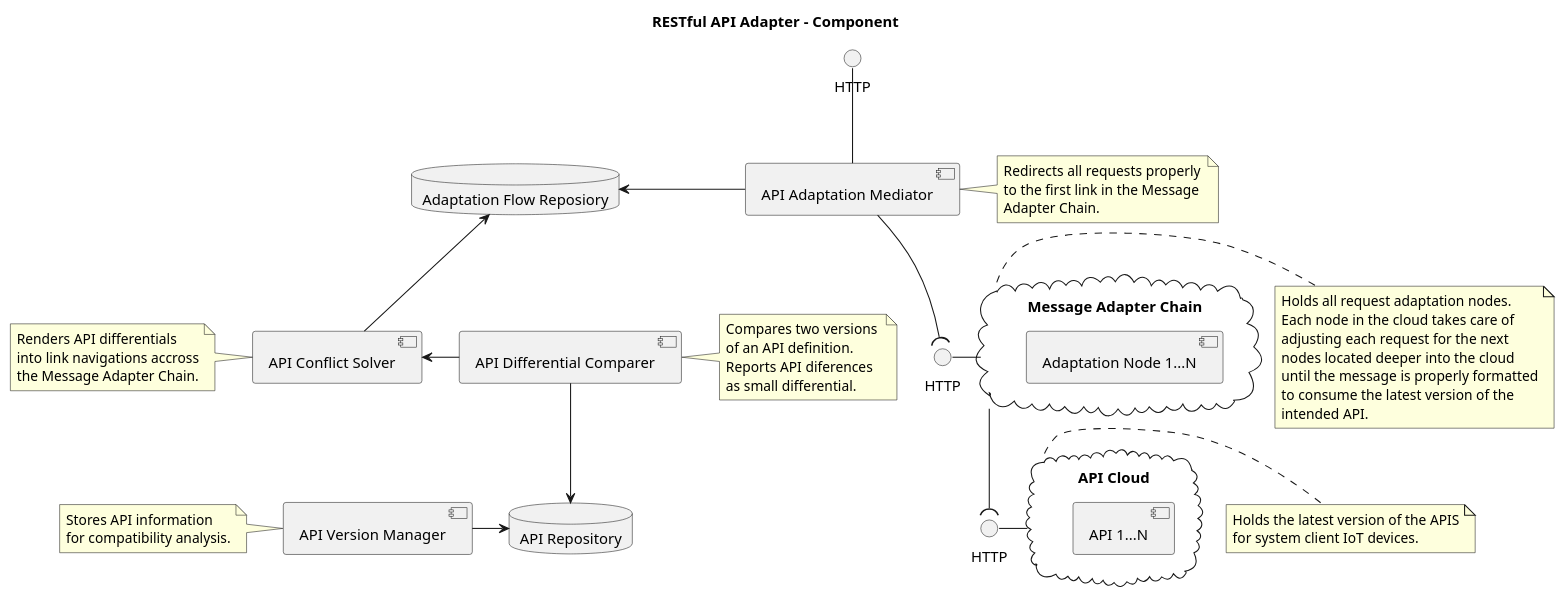
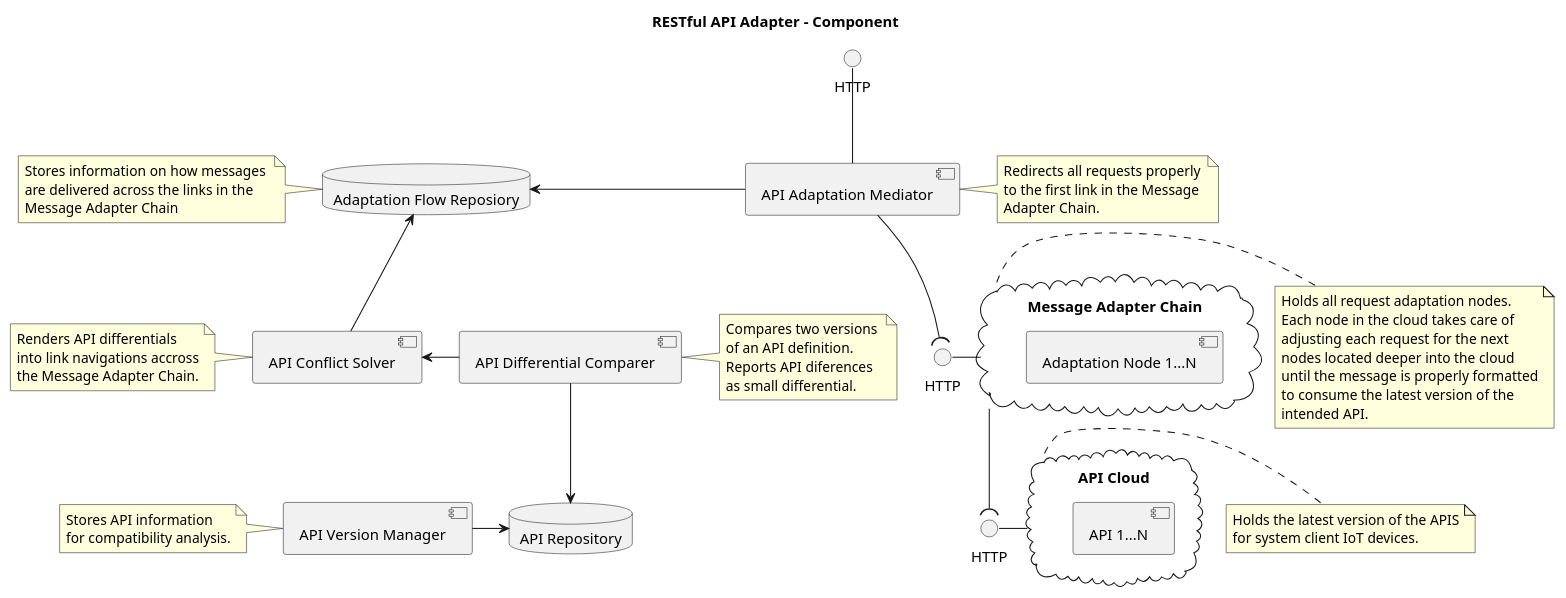
Before and after one commit to AndesRafa/IoT_Challenge8: the diagram in 06.Conflict_Solver/02.Solution_Architecture_Component.puml, drawn with PlantUML. The commit also changed 1 other file, not shown here.

Commit message:
Added description for the "Adaptation Flow Repository".

```diff
--- a/06.Conflict_Solver/02.Solution_Architecture_Component.puml
+++ b/06.Conflict_Solver/02.Solution_Architecture_Component.puml
@@ -1,87 +1,93 @@
 @startuml
 'Title'
 title RESTful API Adapter - Component
 
 'Use UML2 icons'
 skinparam componentStyle uml2
 
 
 'Components'
 component "API Version Manager" as apimngr
 component "API Differential Comparer" as compchecker
 component "API Conflict Solver" as nodesolver
 component "API Adaptation Mediator" as nodecoor
 
 
 'Interfaces'
 interface "HTTP" as http_nodecoor
 interface "HTTP" as http_nodecloud
 interface "HTTP" as http_apicloud
 
 
 
 'Clouds'
 cloud "Message Adapter Chain" as nodecloud {
     component "Adaptation Node 1...N" as apinodes
 }
 cloud "API Cloud" as apicloud {
     component "API 1...N" as apis
 }
 
 'Repositories'
 database "API Repository" as apirep
 database "Adaptation Flow Reposiory" as noderep
 
 
 'Relations'
 http_nodecoor -down- nodecoor
 nodecoor -left-> noderep
 nodecoor -down-( http_nodecloud
 http_nodecloud -right- nodecloud
 nodecloud -down-( http_apicloud
 http_apicloud -right- apicloud
 nodesolver -up-> noderep
 nodesolver <-right- compchecker
 compchecker -down-> apirep
 apimngr -right-> apirep
 
 'Notes'
 note right of nodecoor
     Redirects all requests properly
     to the first link in the Message 
     Adapter Chain.
 end note
 
+note left of noderep
+    Stores information on how messages 
+    are delivered across the links in the 
+    Message Adapter Chain
+end note
+
 note right of compchecker
     Compares two versions 
     of an API definition.
     Reports API diferences 
     as small differential.
 end note
 
 note left of nodesolver
     Renders API differentials
     into link navigations accross
     the Message Adapter Chain.
 end note
 
 note left of apimngr
     Stores API information
     for compatibility analysis.
 end note
 
 note right of nodecloud
     Holds all request adaptation nodes.
     Each node in the cloud takes care of
     adjusting each request for the next
     nodes located deeper into the cloud
     until the message is properly formatted
     to consume the latest version of the
     intended API.
 end note
 
 note right of apicloud
     Holds the latest version of the APIS
     for system client IoT devices.
 end note
 @enduml
```
